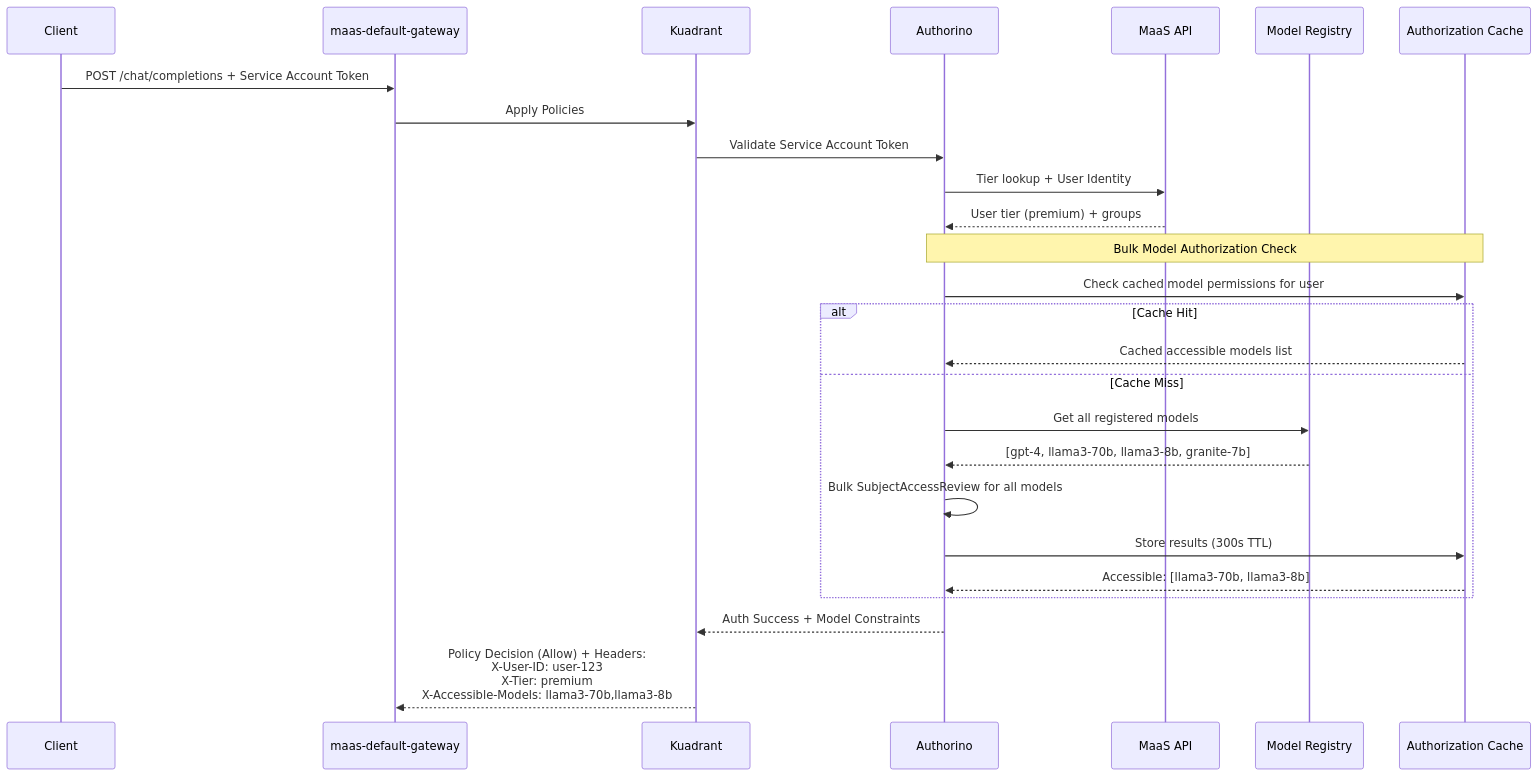
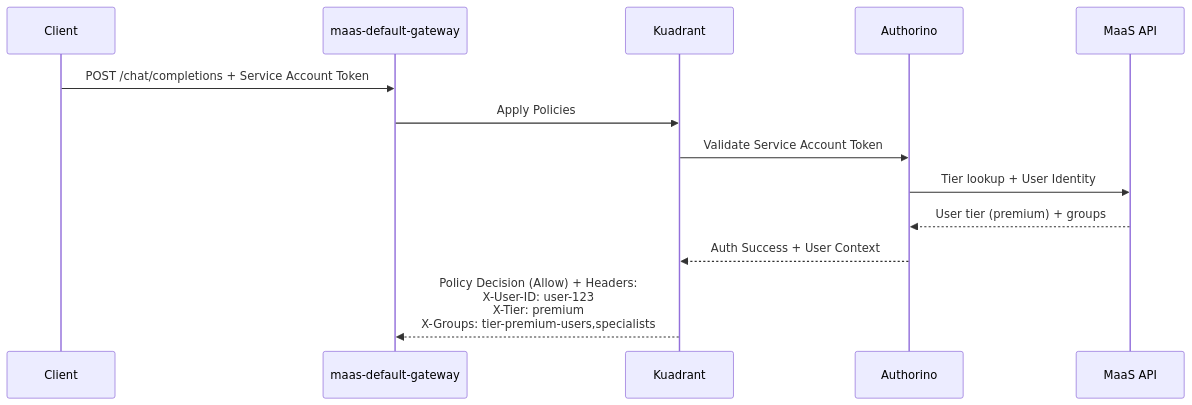
Before and after one commit to noyitz/maas-billing: the fifth of 9 diagrams in docs/designs/vSR-Integration/README.md, drawn with Mermaid. The commit also changed other lines of this file, not shown here.

````diff
--- a/docs/designs/vSR-Integration/README.md
+++ b/docs/designs/vSR-Integration/README.md
@@ -259,32 +259,17 @@
 ```mermaid
 sequenceDiagram
     participant Client
     participant Gateway as maas-default-gateway
     participant Kuadrant
     participant Authorino
     participant MaaSAPI as MaaS API
-    participant ModelRegistry as Model Registry
-    participant Cache as Authorization Cache
     
     Client->>Gateway: POST /chat/completions + Service Account Token
     Gateway->>Kuadrant: Apply Policies
     Kuadrant->>Authorino: Validate Service Account Token
     Authorino->>MaaSAPI: Tier lookup + User Identity
     MaaSAPI-->>Authorino: User tier (premium) + groups
     
-    Note over Authorino,Cache: Bulk Model Authorization Check
-    Authorino->>Cache: Check cached model permissions for user
-    
-    alt Cache Hit
-        Cache-->>Authorino: Cached accessible models list
-    else Cache Miss
-        Authorino->>ModelRegistry: Get all registered models
-        ModelRegistry-->>Authorino: [gpt-4, llama3-70b, llama3-8b, granite-7b]
-        Authorino->>Authorino: Bulk SubjectAccessReview for all models
-        Authorino->>Cache: Store results (300s TTL)
-        Cache-->>Authorino: Accessible: [llama3-70b, llama3-8b]
-    end
-    
-    Authorino-->>Kuadrant: Auth Success + Model Constraints
-    Kuadrant-->>Gateway: Policy Decision (Allow) + Headers:<br/>X-User-ID: user-123<br/>X-Tier: premium<br/>X-Accessible-Models: llama3-70b,llama3-8b
+    Authorino-->>Kuadrant: Auth Success + User Context
+    Kuadrant-->>Gateway: Policy Decision (Allow) + Headers:<br/>X-User-ID: user-123<br/>X-Tier: premium<br/>X-Groups: tier-premium-users,specialists
 ```
````
